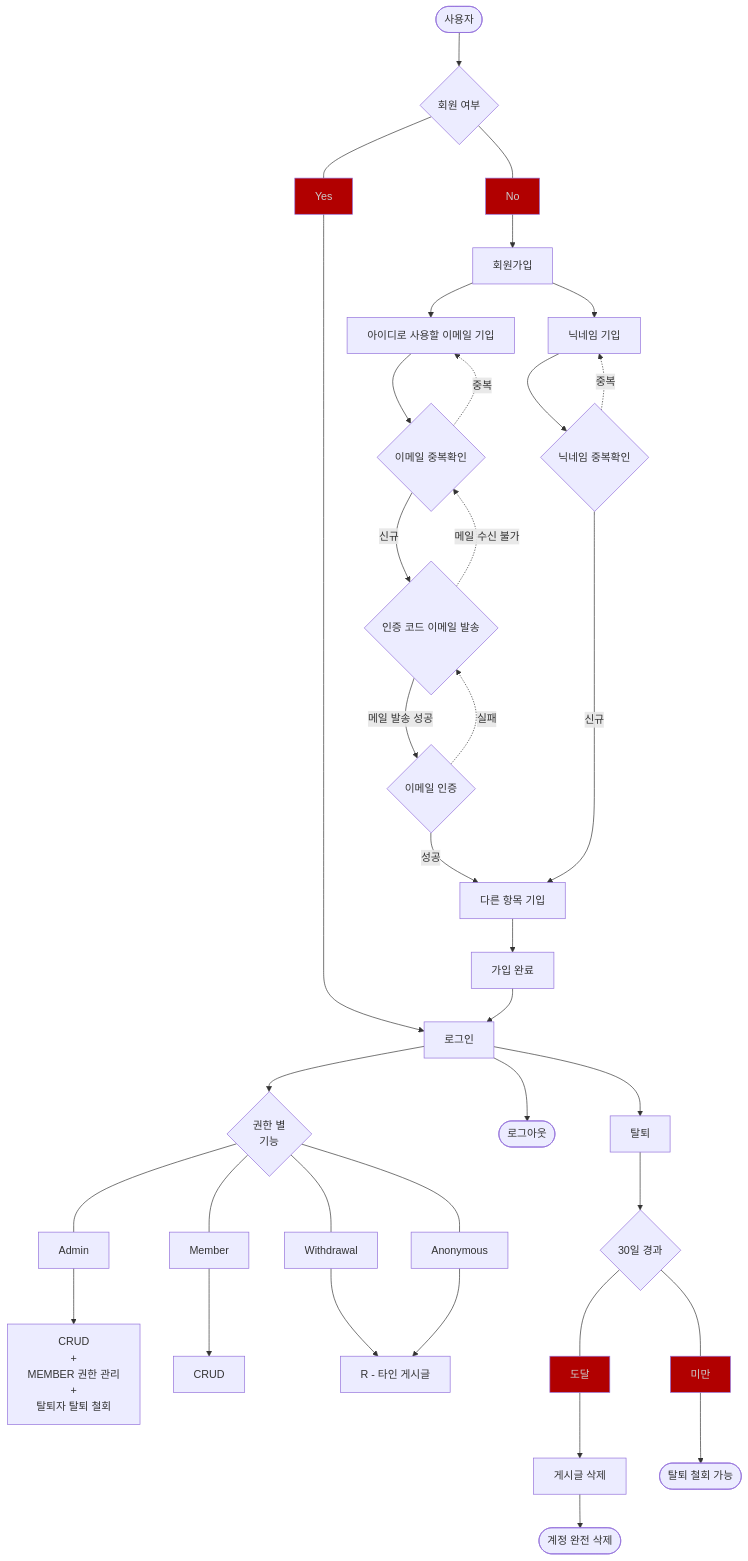
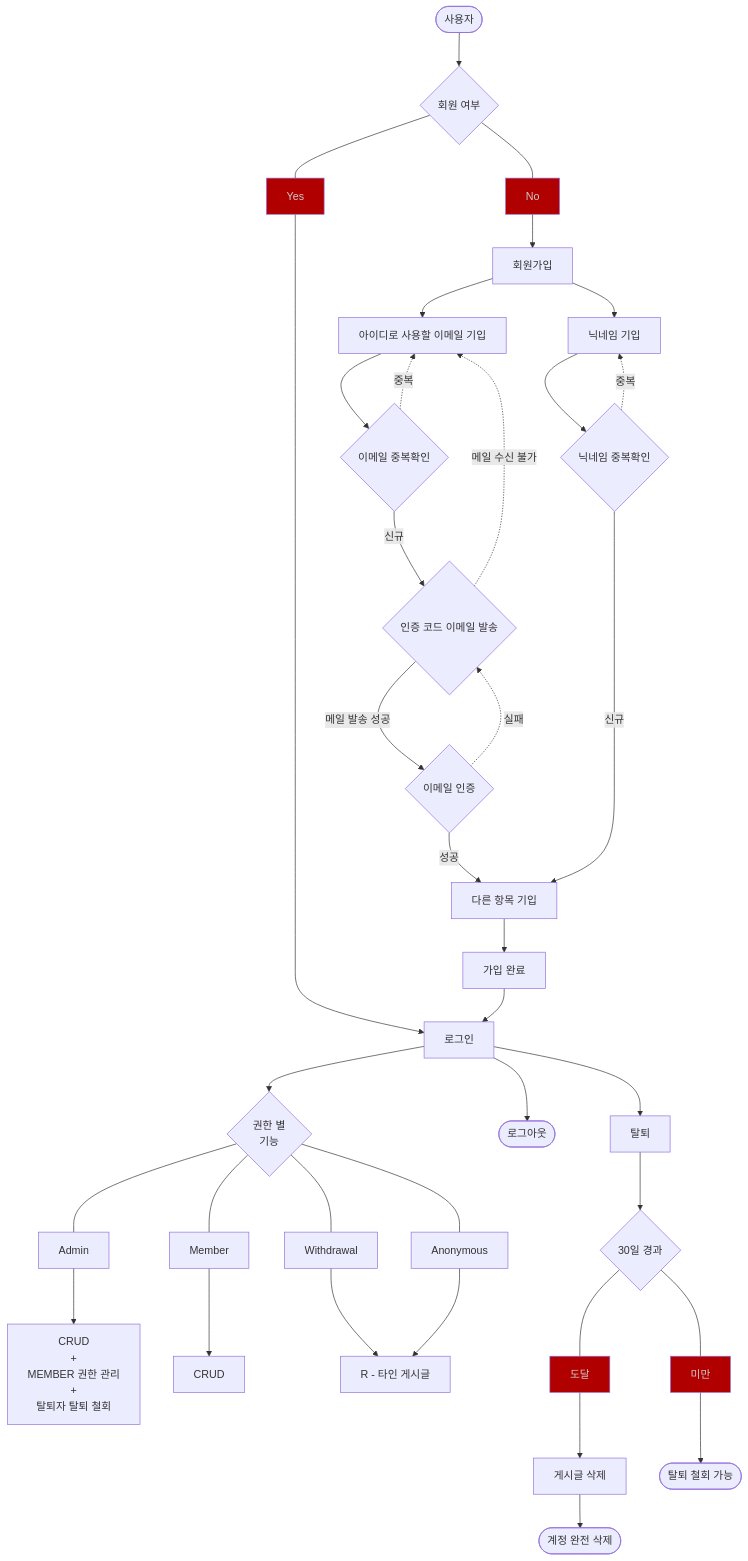
One commit to zhyun-project/simple-board-02 changed the diagram in docs/Flowchart - 회원.mermaid. Above: the diagram before and after it, drawn with Mermaid.

Commit message:
docs : 회원 flow char 회원가입 로직 수정
메일 수신 불가에 대한 링크 목적지를 잘못 지정하여 수정함

issue key : SB2-3

```diff
--- a/docs/Flowchart - 회원.mermaid
+++ b/docs/Flowchart - 회원.mermaid
@@ -1,33 +1,33 @@
 flowchart TB
     classDef red color:#cbcdcc,fill:#b10000;
 
     A([사용자]) --> B{회원 여부}
 
     B ---Yes:::red---------> C[로그인]
     C --> G{권한 별<br>기능}
     G ---Admin--> G1[CRUD<br>+<br>MEMBER 권한 관리<br>+<br>탈퇴자 탈퇴 철회]
     G ---Member--> G2[CRUD]
     G ---Withdrawal--> G3[R - 타인 게시글]
     G ---Anonymous--> G3[R - 타인 게시글]
     C --> E([로그아웃])
     C --> F[탈퇴] --> F1{30일 경과} 
     F1 ---도달:::red--> F2[게시글 삭제] --> F3([계정 완전 삭제])
     F1 ---미만:::red--> F4([탈퇴 철회 가능])
 
     B ---No:::red--> D[회원가입] 
     D --> D1[아이디로 사용할 이메일 기입]
     D1 --> D11{이메일 중복확인}
     D11 -.->|중복| D1
     D11 -->|신규| D2{인증 코드 이메일 발송}
-    D2 -.->|메일 수신 불가| D11
+    D2 -.->|메일 수신 불가| D1
     D2 -->|메일 발송 성공| D22{이메일 인증}
     D22 -.->|실패| D2
     D22 -->|성공| D4[다른 항목 기입]
 
 
     D --> D3[닉네임 기입]
     D3 --> D33{닉네임 중복확인}
     D33 -.->|중복| D3
     D33 ---->|신규| D4
     D4 --> D5[가입 완료]
     D5 --> C
```
